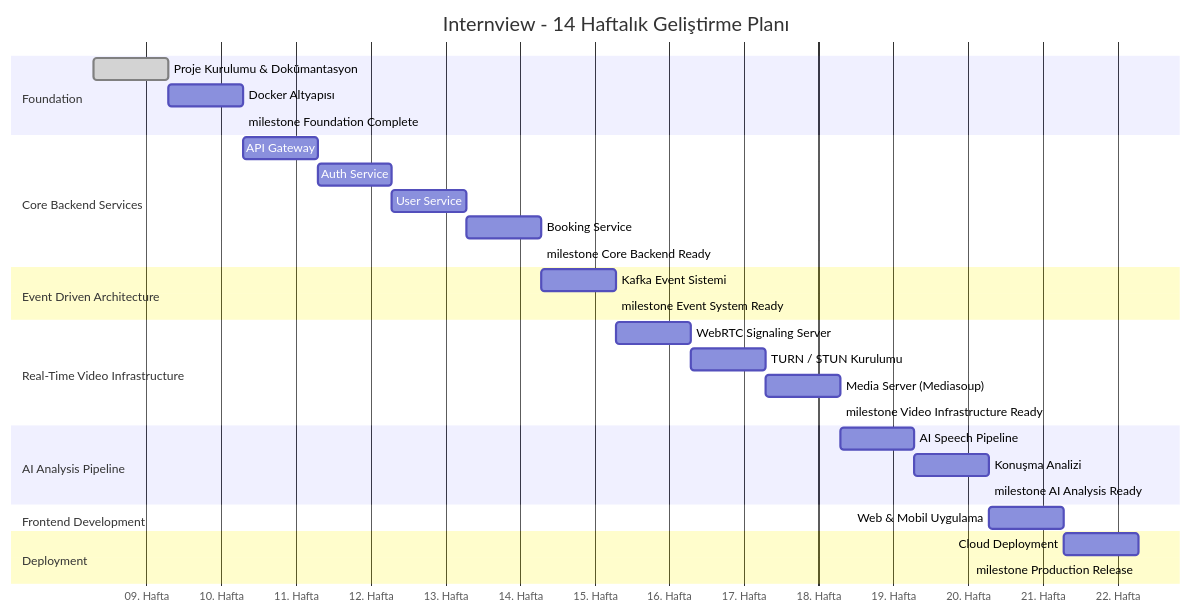
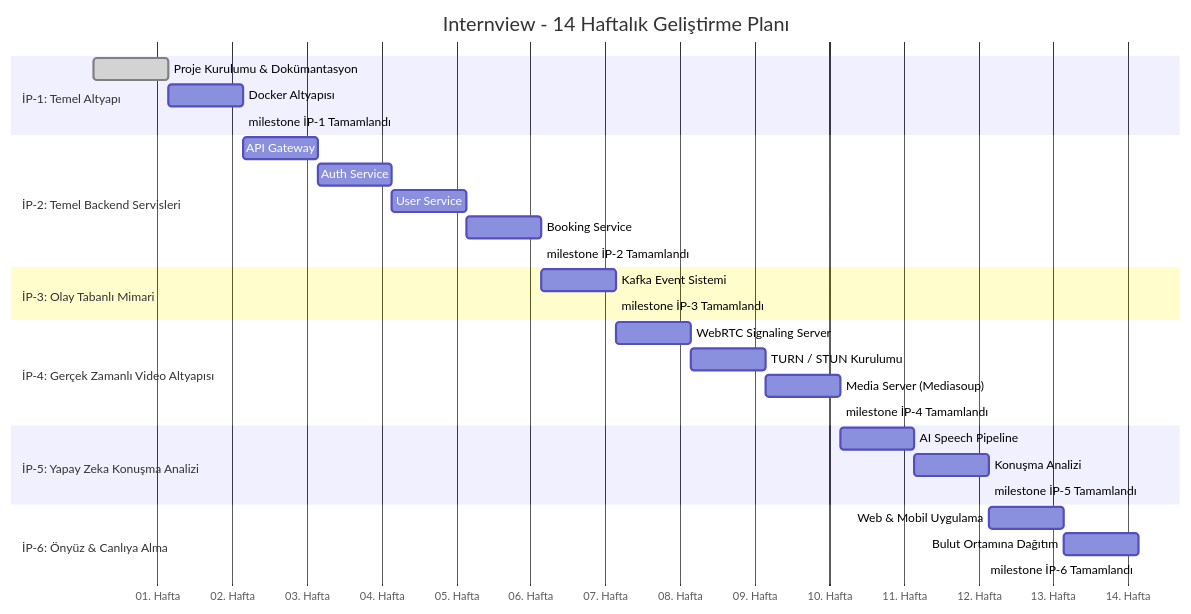
Before and after one commit to Ulwus/Internview: the diagram in docs/roadmap.md, drawn with Mermaid. The commit also changed other lines of this file, not shown here.

First line of the commit message:
Translate and restructure roadmap to Turkish

````diff
--- a/docs/roadmap.md
+++ b/docs/roadmap.md
@@ -7,40 +7,38 @@
 ```mermaid
 gantt
     title Internview - 14 Haftalık Geliştirme Planı
     dateFormat YYYY-MM-DD
     axisFormat %W. Hafta
 
-    section Foundation
-    Proje Kurulumu & Dokümantasyon :done, w1, 2026-03-03, 7d
+    section İP-1: Temel Altyapı
+    Proje Kurulumu & Dokümantasyon :done, w1, 2026-01-05, 7d
     Docker Altyapısı :w2, after w1, 7d
-    milestone Foundation Complete :m1, after w2, 0d
+    milestone İP-1 Tamamlandı :m1, after w2, 0d
 
-    section Core Backend Services
+    section İP-2: Temel Backend Servisleri
     API Gateway :w3, after w2, 7d
     Auth Service :w4, after w3, 7d
     User Service :w5, after w4, 7d
     Booking Service :w6, after w5, 7d
-    milestone Core Backend Ready :m2, after w6, 0d
+    milestone İP-2 Tamamlandı :m2, after w6, 0d
 
-    section Event Driven Architecture
+    section İP-3: Olay Tabanlı Mimari
     Kafka Event Sistemi :w7, after w6, 7d
-    milestone Event System Ready :m3, after w7, 0d
+    milestone İP-3 Tamamlandı :m3, after w7, 0d
 
-    section Real-Time Video Infrastructure
+    section İP-4: Gerçek Zamanlı Video Altyapısı
     WebRTC Signaling Server :w8, after w7, 7d
     TURN / STUN Kurulumu :w9, after w8, 7d
     Media Server (Mediasoup) :w10, after w9, 7d
-    milestone Video Infrastructure Ready :m4, after w10, 0d
+    milestone İP-4 Tamamlandı :m4, after w10, 0d
 
-    section AI Analysis Pipeline
+    section İP-5: Yapay Zeka Konuşma Analizi
     AI Speech Pipeline :w11, after w10, 7d
     Konuşma Analizi :w12, after w11, 7d
-    milestone AI Analysis Ready :m5, after w12, 0d
+    milestone İP-5 Tamamlandı :m5, after w12, 0d
 
-    section Frontend Development
+    section İP-6: Önyüz & Canlıya Alma
     Web & Mobil Uygulama :w13, after w12, 7d
-
-    section Deployment
-    Cloud Deployment :w14, after w13, 7d
-    milestone Production Release :m6, after w14, 0d
+    Bulut Ortamına Dağıtım :w14, after w13, 7d
+    milestone İP-6 Tamamlandı :m6, after w14, 0d
 ```
````
